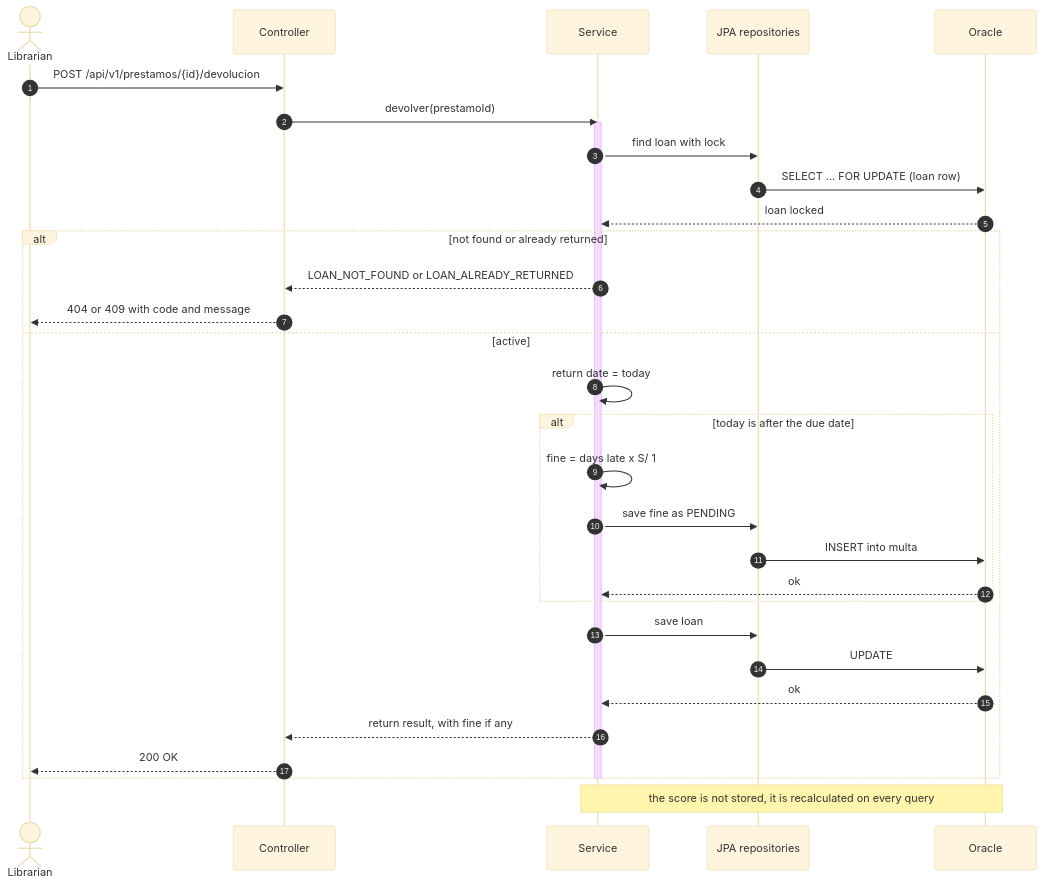
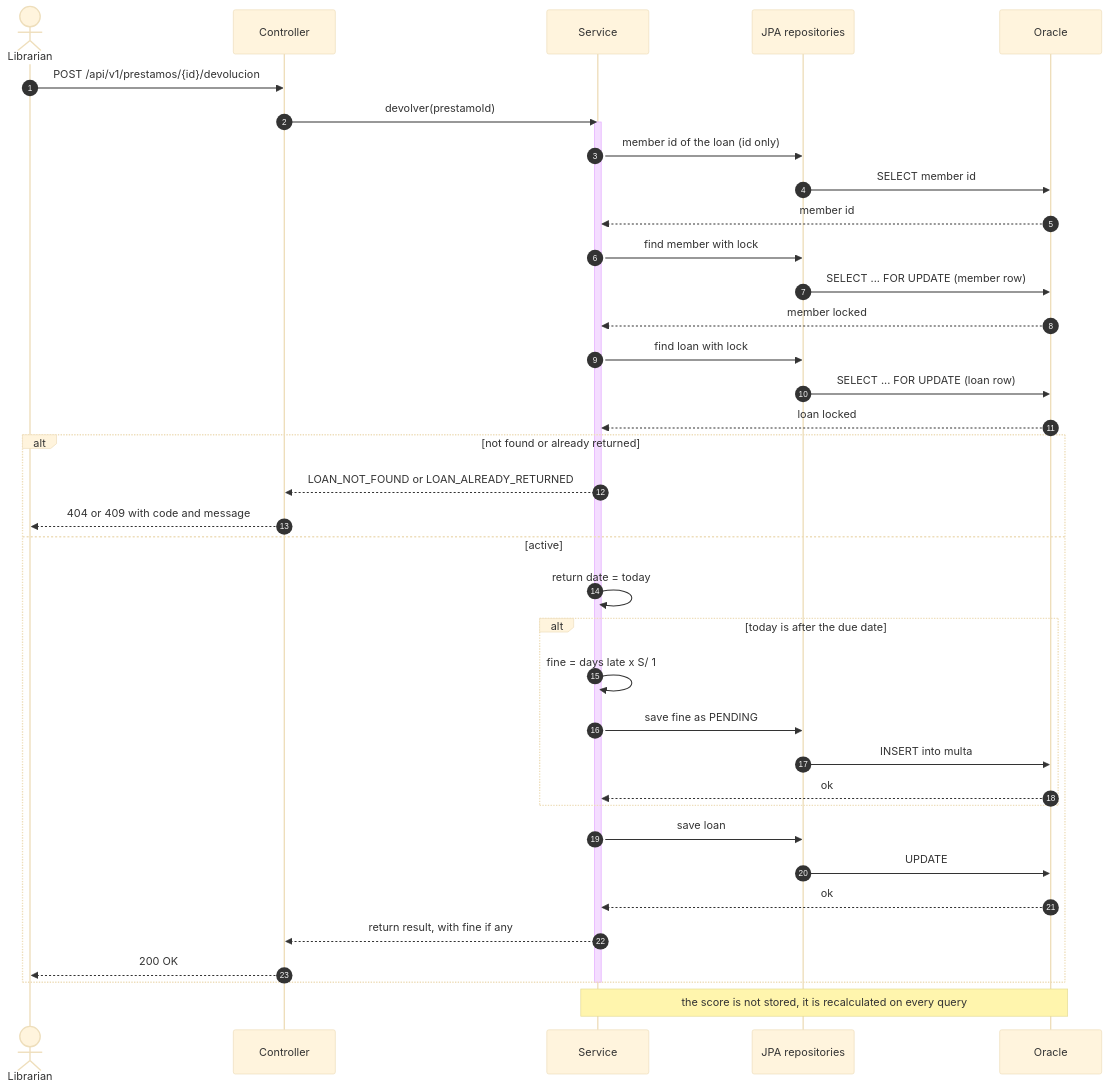
The third of 3 diagrams in docs/diagrams/sequence-diagrams.md (caronteisback/biblioteca-java), drawn with Mermaid (base theme) before and after one commit. The commit also changed other lines of this file and 6 other files, not shown here.

````diff
--- a/docs/diagrams/sequence-diagrams.md
+++ b/docs/diagrams/sequence-diagrams.md
@@ -86,34 +91,40 @@
 ```mermaid
 sequenceDiagram
   autonumber
   actor C as Librarian
   participant API as Controller
   participant S as Service
   participant R as JPA repositories
   participant DB as Oracle
   C->>API: POST /api/v1/prestamos/{id}/devolucion
   API->>S: devolver(prestamoId)
   activate S
+  S->>R: member id of the loan (id only)
+  R->>DB: SELECT member id
+  DB-->>S: member id
+  S->>R: find member with lock
+  R->>DB: SELECT ... FOR UPDATE (member row)
+  DB-->>S: member locked
   S->>R: find loan with lock
   R->>DB: SELECT ... FOR UPDATE (loan row)
   DB-->>S: loan locked
   alt not found or already returned
     S-->>API: LOAN_NOT_FOUND or LOAN_ALREADY_RETURNED
     API-->>C: 404 or 409 with code and message
   else active
     S->>S: return date = today
     alt today is after the due date
       S->>S: fine = days late x S/ 1
       S->>R: save fine as PENDING
       R->>DB: INSERT into multa
       DB-->>S: ok
     end
     S->>R: save loan
     R->>DB: UPDATE
     DB-->>S: ok
     S-->>API: return result, with fine if any
     API-->>C: 200 OK
   end
   deactivate S
   Note over S,DB: the score is not stored, it is recalculated on every query
 ```
````
